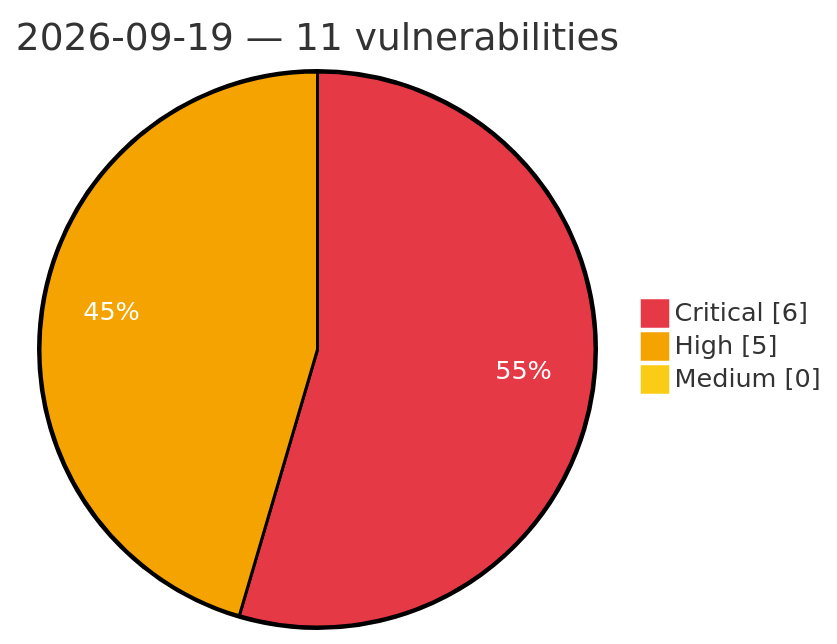
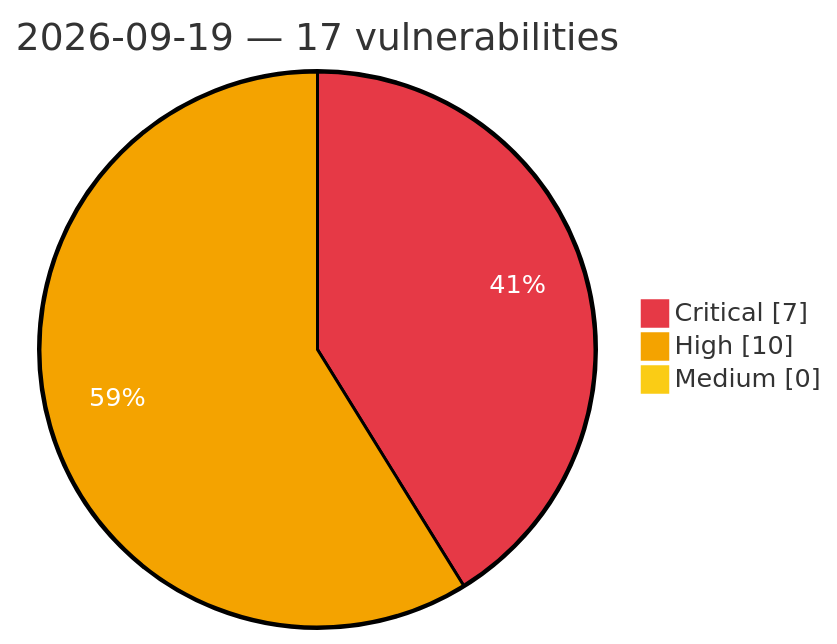
The diagram in vulnerabilities/2026/September/2026-09-19.md (GhostX0X/vuln-tracker), drawn with Mermaid before and after one commit. The commit also changed other lines of this file and 5 other files, not shown here.

Commit message:
Auto update: critical/high vulns (2026-09-19 16:30 UTC)

````diff
--- a/vulnerabilities/2026/September/2026-09-19.md
+++ b/vulnerabilities/2026/September/2026-09-19.md
@@ -3,8 +3,8 @@
 ```mermaid
 %%{init: {'theme':'base', 'themeVariables': {'pie1':'#e63946', 'pie2':'#f4a300', 'pie3':'#facc15', 'pieOpacity':'1', 'pieOuterStrokeWidth':'2px', 'pieSectionTextColor':'#ffffff'}}}%%
 pie showData
-    title 2026-09-19 — 11 vulnerabilities
-    "Critical" : 6
-    "High" : 5
+    title 2026-09-19 — 17 vulnerabilities
+    "Critical" : 7
+    "High" : 10
     "Medium" : 0
 ```
````
